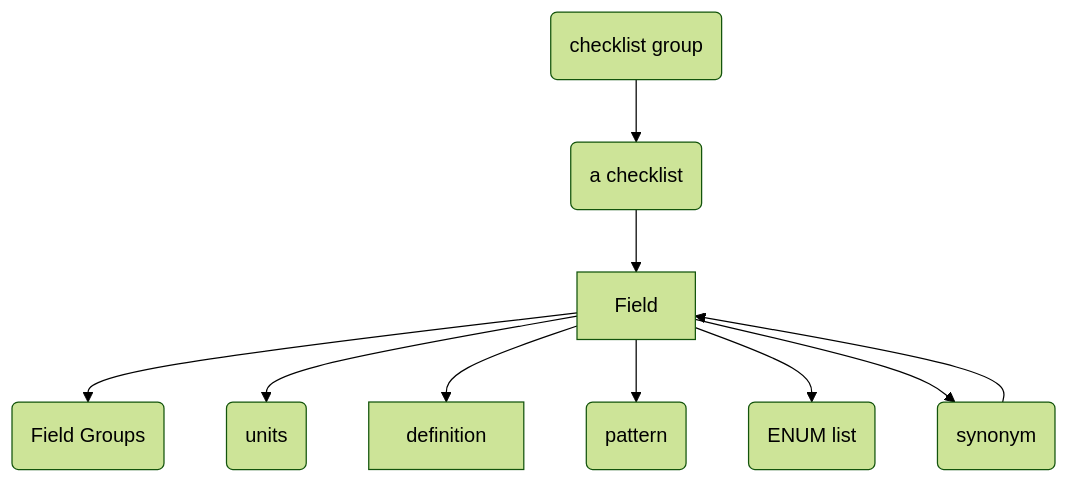
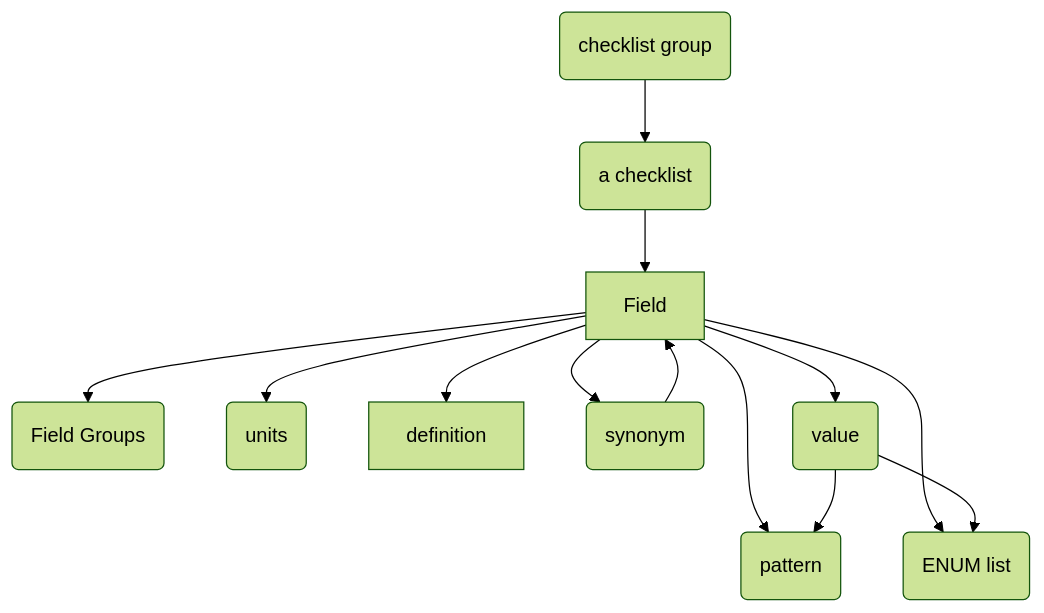
The diagram in docs/ChecklistConcepts.md (Woolly-at-EBI/ChecklistReviews), drawn with Mermaid (forest theme) before and after one commit.

Commit message:
expanded the Checklist concepts

````diff
--- a/docs/ChecklistConcepts.md
+++ b/docs/ChecklistConcepts.md
@@ -1,12 +1,15 @@
 ```mermaid
   graph TD;
       A(checklist group)-->B(a checklist);
       B-->Field
       Field-->D(Field Groups);
      Field-->U(units);
      Field-->definition;
      Field-->P(pattern);
      Field-->E(ENUM list);
      Field-->S(synonym)
      S-->Field
+     Field-->V(value);
+     V-->P;
+     V-->E;
 ```
````
